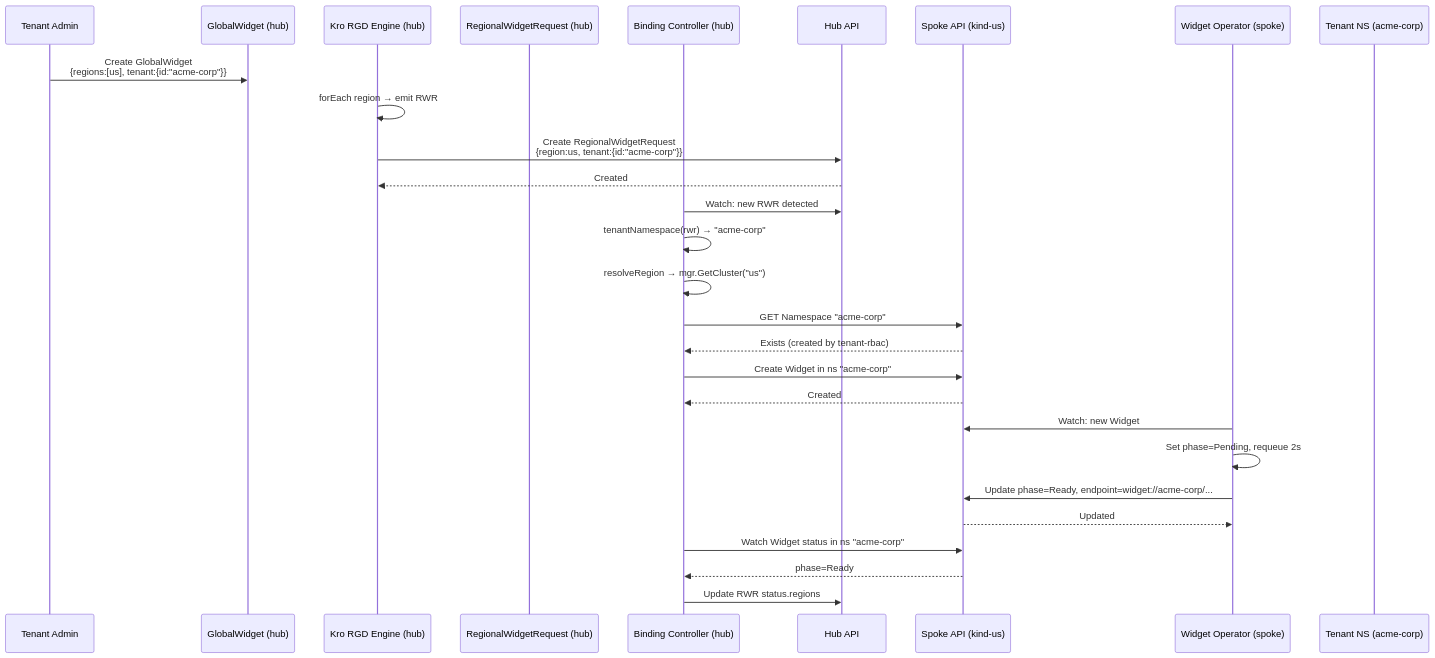
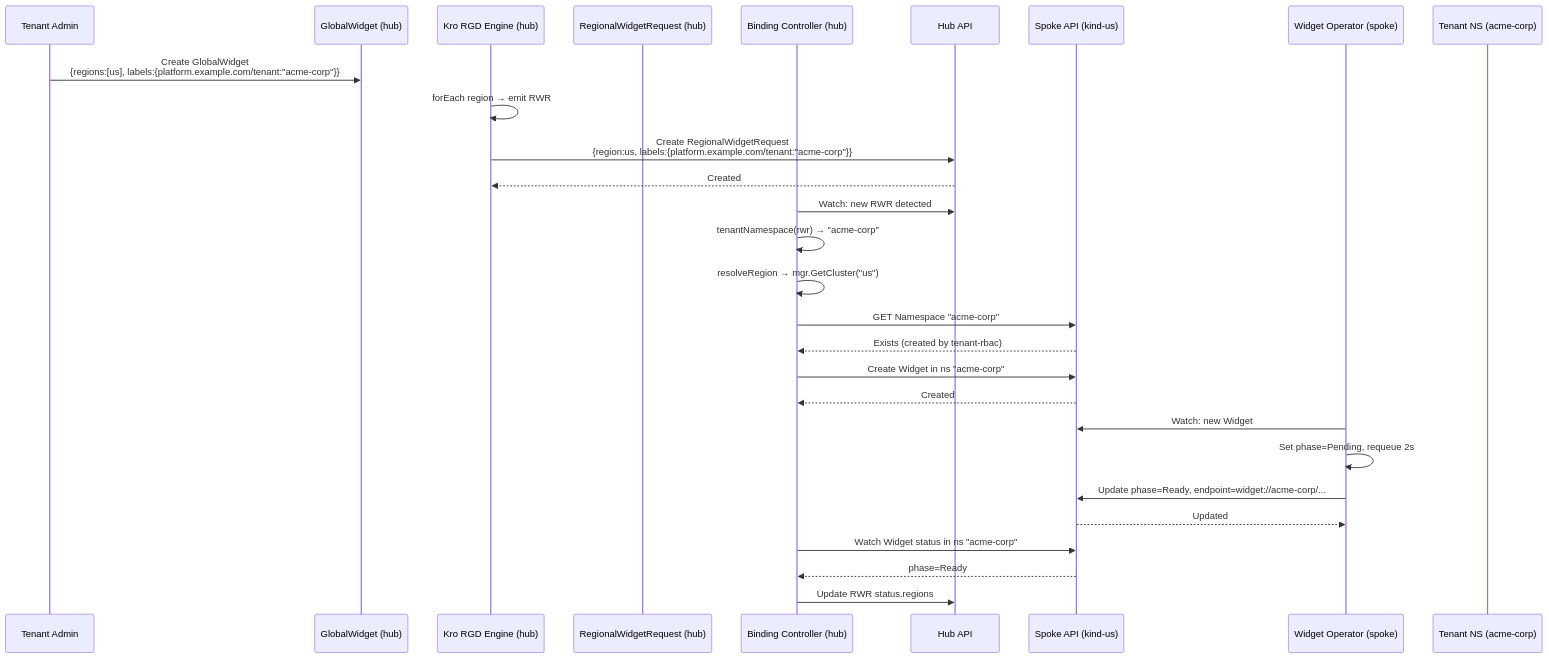
The first of 2 diagrams in docs/platform-mvp/09-multi-tenancy.md (sojoner/kro-lab), drawn with Mermaid before and after one commit. The commit also changed other lines of this file and 126 other files, not shown here.

````diff
--- a/docs/platform-mvp/09-multi-tenancy.md
+++ b/docs/platform-mvp/09-multi-tenancy.md
@@ -46,36 +45,36 @@
 ```mermaid
 sequenceDiagram
     participant User as Tenant Admin
     participant GW as GlobalWidget (hub)
     participant KG as Kro RGD Engine (hub)
     participant RWR as RegionalWidgetRequest (hub)
     participant BC as Binding Controller (hub)
     participant HubAPI as Hub API
     participant SpokeAPI as Spoke API (kind-us)
     participant WO as Widget Operator (spoke)
     participant NS as Tenant NS (acme-corp)
 
-    User->>GW: Create GlobalWidget<br/>{regions:[us], tenant:{id:"acme-corp"}}
+    User->>GW: Create GlobalWidget<br/>{regions:[us], labels:{platform.example.com/tenant:"acme-corp"}}
     KG->>KG: forEach region → emit RWR
-    KG->>HubAPI: Create RegionalWidgetRequest<br/>{region:us, tenant:{id:"acme-corp"}}
+    KG->>HubAPI: Create RegionalWidgetRequest<br/>{region:us, labels:{platform.example.com/tenant:"acme-corp"}}
     HubAPI-->>KG: Created
 
     BC->>HubAPI: Watch: new RWR detected
     BC->>BC: tenantNamespace(rwr) → "acme-corp"
     BC->>BC: resolveRegion → mgr.GetCluster("us")
 
     BC->>SpokeAPI: GET Namespace "acme-corp"
     SpokeAPI-->>BC: Exists (created by tenant-rbac)
 
     BC->>SpokeAPI: Create Widget in ns "acme-corp"
     SpokeAPI-->>BC: Created
 
     WO->>SpokeAPI: Watch: new Widget
     WO->>WO: Set phase=Pending, requeue 2s
     WO->>SpokeAPI: Update phase=Ready, endpoint=widget://acme-corp/...
     SpokeAPI-->>WO: Updated
 
     BC->>SpokeAPI: Watch Widget status in ns "acme-corp"
     SpokeAPI-->>BC: phase=Ready
     BC->>HubAPI: Update RWR status.regions
 ```
````
